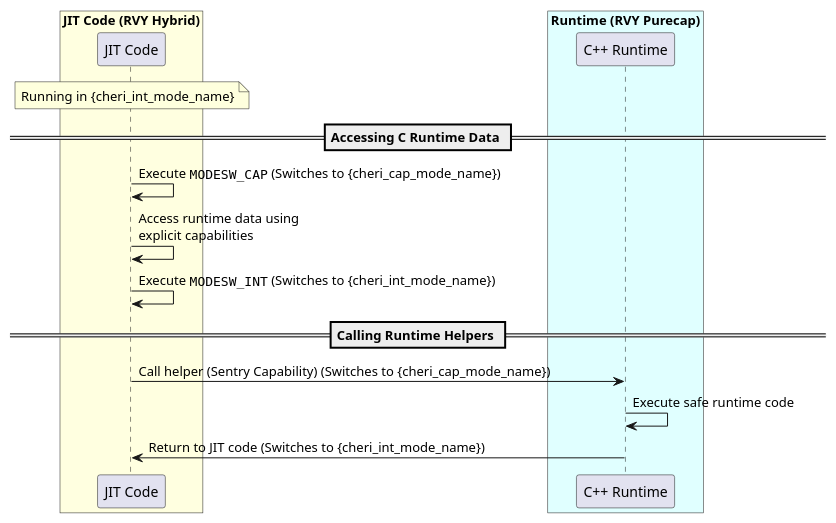
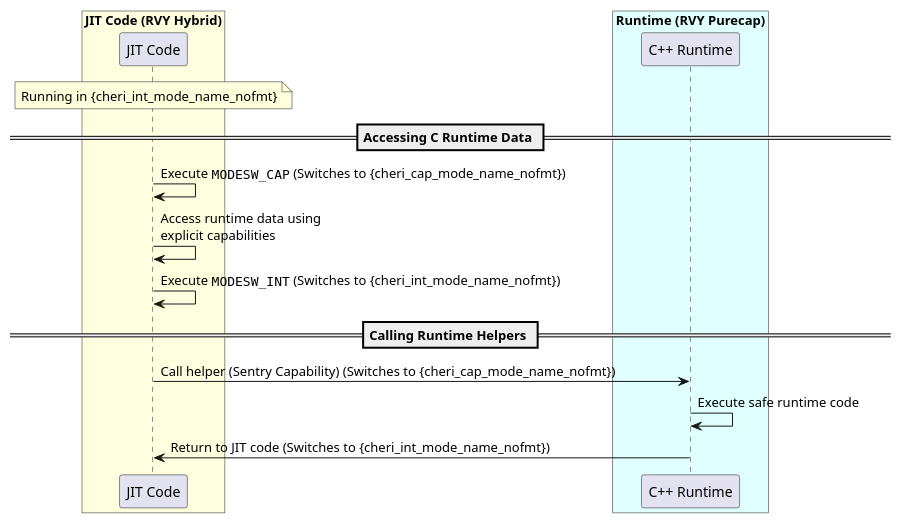
One commit to vmurali/riscv-cheri changed the fourth of 4 diagrams in src/cheri/app-hybrid-usage.adoc. Above: the diagram before and after it, drawn with PlantUML. The commit also changed other lines of this file and 2 other files, not shown here.

First line of the commit message:
FIX: Avoid accidental HTML <em> tags in PlantUML diagrams. (#1023)

```diff
--- a/src/cheri/app-hybrid-usage.adoc
+++ b/src/cheri/app-hybrid-usage.adoc
@@ -163,25 +163,25 @@
 [plantuml, target="hybrid-mode-transition", format="svg",subs=attributes+]
 ....
 @startuml
 box "JIT Code (RVY Hybrid)" #LightYellow
 participant "JIT Code" as J
 end box
 
 box "Runtime (RVY Purecap)" #LightCyan
 participant "C++ Runtime" as R
 end box
 
-note over J: Running in {cheri_int_mode_name}
+note over J: Running in {cheri_int_mode_name_nofmt}
 
 == Accessing C Runtime Data ==
-J -> J: Execute ""MODESW_CAP"" (Switches to {cheri_cap_mode_name})
+J -> J: Execute ""MODESW_CAP"" (Switches to {cheri_cap_mode_name_nofmt})
 J -> J: Access runtime data using\nexplicit capabilities
-J -> J: Execute ""MODESW_INT"" (Switches to {cheri_int_mode_name})
+J -> J: Execute ""MODESW_INT"" (Switches to {cheri_int_mode_name_nofmt})
 
 == Calling Runtime Helpers ==
-J -> R: Call helper (Sentry Capability) (Switches to {cheri_cap_mode_name})
+J -> R: Call helper (Sentry Capability) (Switches to {cheri_cap_mode_name_nofmt})
 R -> R: Execute safe runtime code
-R -> J: Return to JIT code (Switches to {cheri_int_mode_name})
+R -> J: Return to JIT code (Switches to {cheri_int_mode_name_nofmt})
 
 @enduml
 ....
```
